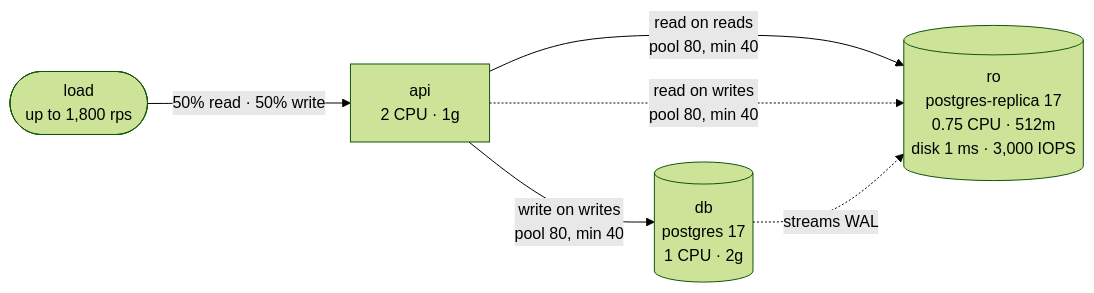
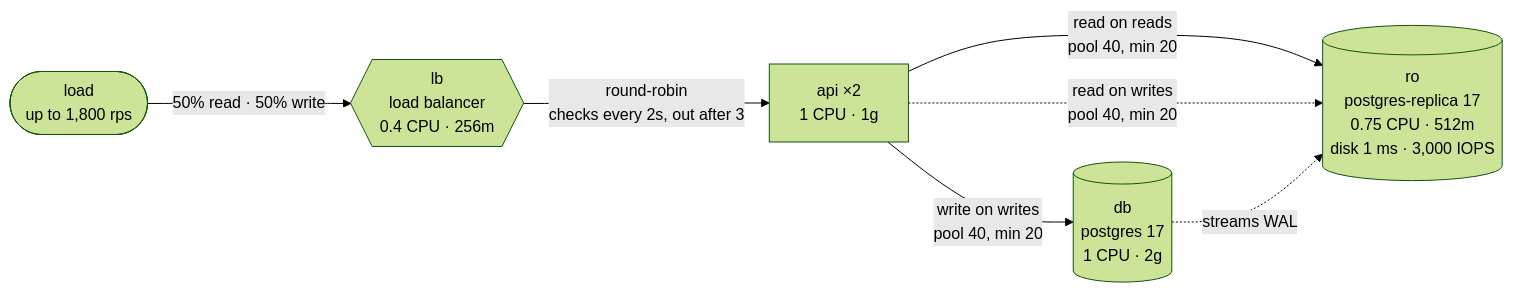
The diagram in scenarios/stale-orders/README.md (akinfemi/load-lore), drawn with Mermaid (forest theme) before and after one commit. The commit also changed other lines of this file and 49 other files, not shown here.

````diff
--- a/scenarios/stale-orders/README.md
+++ b/scenarios/stale-orders/README.md
@@ -9,12 +9,14 @@
 ```mermaid
 flowchart LR
     load(["load<br/>up to 1,800 rps"])
-    api["api<br/>2 CPU · 1g"]
+    lb{{"lb<br/>load balancer<br/>0.4 CPU · 256m"}}
+    api["api ×2<br/>1 CPU · 1g"]
     ro[("ro<br/>postgres-replica 17<br/>0.75 CPU · 512m<br/>disk 1 ms · 3,000 IOPS")]
     db[("db<br/>postgres 17<br/>1 CPU · 2g")]
-    load -->|"50% read · 50% write"| api
-    api -->|"read on reads<br/>pool 80, min 40"| ro
-    api -->|"write on writes<br/>pool 80, min 40"| db
-    api -.->|"read on writes<br/>pool 80, min 40"| ro
+    load -->|"50% read · 50% write"| lb
+    lb -->|"round-robin<br/>checks every 2s, out after 3"| api
+    api -->|"read on reads<br/>pool 40, min 20"| ro
+    api -->|"write on writes<br/>pool 40, min 20"| db
+    api -.->|"read on writes<br/>pool 40, min 20"| ro
     db -.->|"streams WAL"| ro
 ```
````
